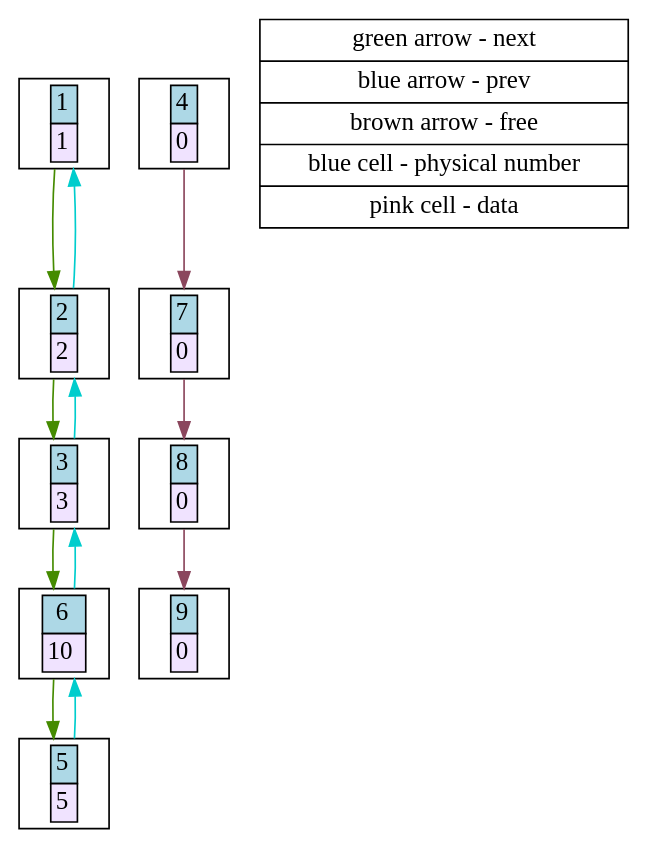
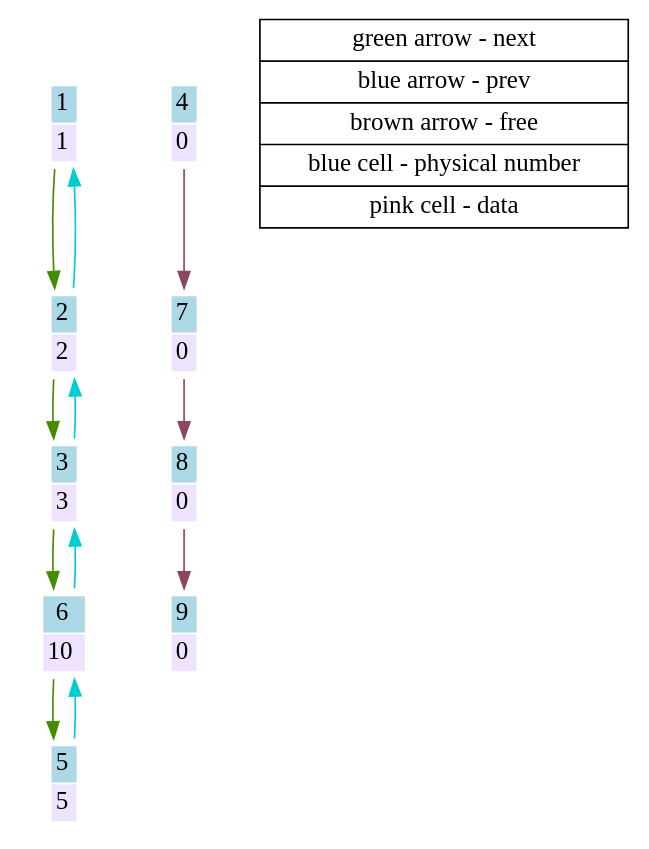
Before and after one commit to akudrinsky/list: the diagram in cmake-build-debug/list_graph.dot, drawn with Graphviz. The commit also changed 8 other files, not shown here.

```diff
--- a/cmake-build-debug/list_graph.dot
+++ b/cmake-build-debug/list_graph.dot
@@ -1,36 +1,36 @@
 digraph G{
 edge[color="chartreuse4",fontcolor="blue",fontsize=12];
 node[shape="rectangle",fontsize=15];
- 1 [label=<<table border="0" cellborder="1" cellspacing="0"><tr><td bgcolor="lightblue">1</td></tr>
+ 1 [color="white",label=<<table border="0" cellborder="1" cellspacing="0"><tr><td bgcolor="lightblue">1</td></tr>
 	<tr><td bgcolor="#f0e3ff">1</td></tr></table>>];
- 2 [label=<<table border="0" cellborder="1" cellspacing="0"><tr><td bgcolor="lightblue">2</td></tr>
+ 2 [color="white",label=<<table border="0" cellborder="1" cellspacing="0"><tr><td bgcolor="lightblue">2</td></tr>
 	<tr><td bgcolor="#f0e3ff">2</td></tr></table>>];
- 3 [label=<<table border="0" cellborder="1" cellspacing="0"><tr><td bgcolor="lightblue">3</td></tr>
+ 3 [color="white",label=<<table border="0" cellborder="1" cellspacing="0"><tr><td bgcolor="lightblue">3</td></tr>
 	<tr><td bgcolor="#f0e3ff">3</td></tr></table>>];
- 4 [label=<<table border="0" cellborder="1" cellspacing="0"><tr><td bgcolor="lightblue">4</td></tr>
+ 4 [color="white",label=<<table border="0" cellborder="1" cellspacing="0"><tr><td bgcolor="lightblue">4</td></tr>
 	<tr><td bgcolor="#f0e3ff">0</td></tr></table>>];
- 5 [label=<<table border="0" cellborder="1" cellspacing="0"><tr><td bgcolor="lightblue">5</td></tr>
+ 5 [color="white",label=<<table border="0" cellborder="1" cellspacing="0"><tr><td bgcolor="lightblue">5</td></tr>
 	<tr><td bgcolor="#f0e3ff">5</td></tr></table>>];
- 6 [label=<<table border="0" cellborder="1" cellspacing="0"><tr><td bgcolor="lightblue">6</td></tr>
+ 6 [color="white",label=<<table border="0" cellborder="1" cellspacing="0"><tr><td bgcolor="lightblue">6</td></tr>
 	<tr><td bgcolor="#f0e3ff">10</td></tr></table>>];
- 7 [label=<<table border="0" cellborder="1" cellspacing="0"><tr><td bgcolor="lightblue">7</td></tr>
+ 7 [color="white",label=<<table border="0" cellborder="1" cellspacing="0"><tr><td bgcolor="lightblue">7</td></tr>
 	<tr><td bgcolor="#f0e3ff">0</td></tr></table>>];
- 8 [label=<<table border="0" cellborder="1" cellspacing="0"><tr><td bgcolor="lightblue">8</td></tr>
+ 8 [color="white",label=<<table border="0" cellborder="1" cellspacing="0"><tr><td bgcolor="lightblue">8</td></tr>
 	<tr><td bgcolor="#f0e3ff">0</td></tr></table>>];
- 9 [label=<<table border="0" cellborder="1" cellspacing="0"><tr><td bgcolor="lightblue">9</td></tr>
+ 9 [color="white",label=<<table border="0" cellborder="1" cellspacing="0"><tr><td bgcolor="lightblue">9</td></tr>
 	<tr><td bgcolor="#f0e3ff">0</td></tr></table>>];
 1->2;
 2->3;
 3->6;
 6->5;
 edge[color="cyan3",fontcolor="blue",fontsize=12];
 5->6;
 6->3;
 3->2;
 2->1;
 edge[color="palevioletred4",fontcolor="blue",fontsize=12];
 4->7;
 7->8;
 8->9;
 info [shape=record,label="{green arrow - next|blue arrow - prev|brown arrow - free|blue cell - physical number|pink cell - data}",fillcolor="palegreen1"];
 }
```
